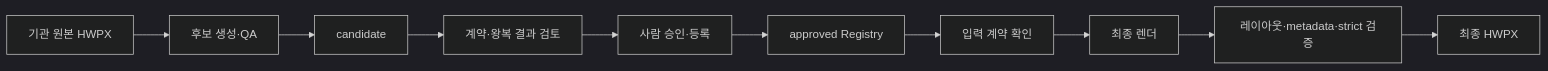
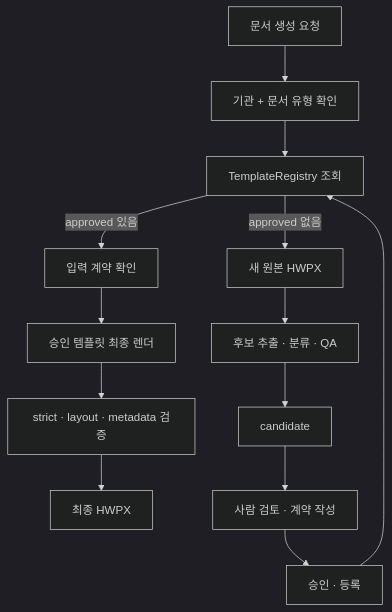
The diagram in README.md (YoungSeo5/edudoc-hwpx-template-engine), drawn with Mermaid (dark theme) before and after one commit. The commit also changed other lines of this file, not shown here.

````diff
--- a/README.md
+++ b/README.md
@@ -31,12 +25,17 @@
 ```mermaid
-flowchart LR
-    SOURCE["기관 원본 HWPX"] --> QA["후보 생성·QA"]
+flowchart TD
+    REQUEST["문서 생성 요청"] --> IDENTITY["기관 + 문서 유형 확인"]
+    IDENTITY --> REGISTRY["TemplateRegistry 조회"]
+
+    REGISTRY -->|approved 있음| CONTRACT["입력 계약 확인"]
+    CONTRACT --> RENDER["승인 템플릿 최종 렌더"]
+    RENDER --> VALIDATE["strict · layout · metadata 검증"]
+    VALIDATE --> OUTPUT["최종 HWPX"]
+
+    REGISTRY -->|approved 없음| SOURCE["새 원본 HWPX"]
+    SOURCE --> QA["후보 추출 · 분류 · QA"]
     QA --> CANDIDATE["candidate"]
-    CANDIDATE --> REVIEW["계약·왕복 결과 검토"]
-    REVIEW --> REGISTER["사람 승인·등록"]
-    REGISTER --> APPROVED["approved Registry"]
-    APPROVED --> INPUT["입력 계약 확인"]
-    INPUT --> RENDER["최종 렌더"]
-    RENDER --> VALIDATE["레이아웃·metadata·strict 검증"]
-    VALIDATE --> OUTPUT["최종 HWPX"]
+    CANDIDATE --> REVIEW["사람 검토 · 계약 작성"]
+    REVIEW --> REGISTER["승인 · 등록"]
+    REGISTER --> REGISTRY
 ```
````
